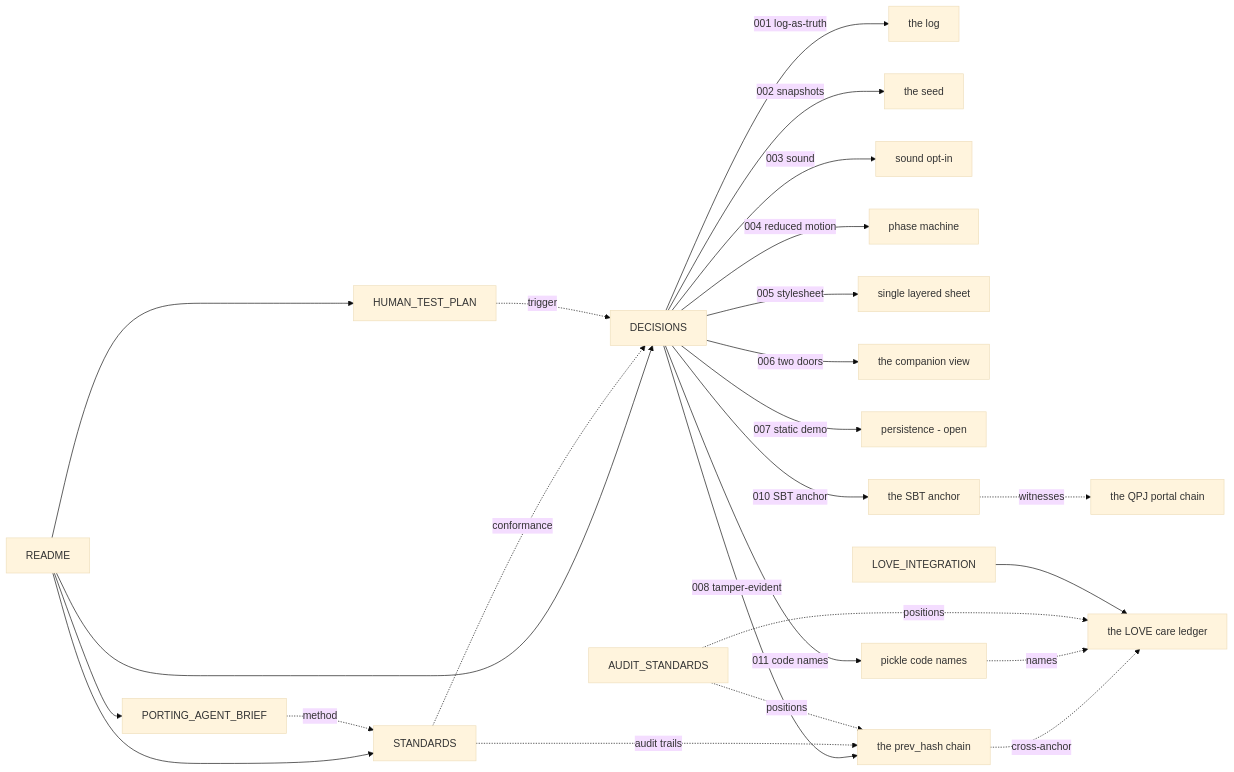
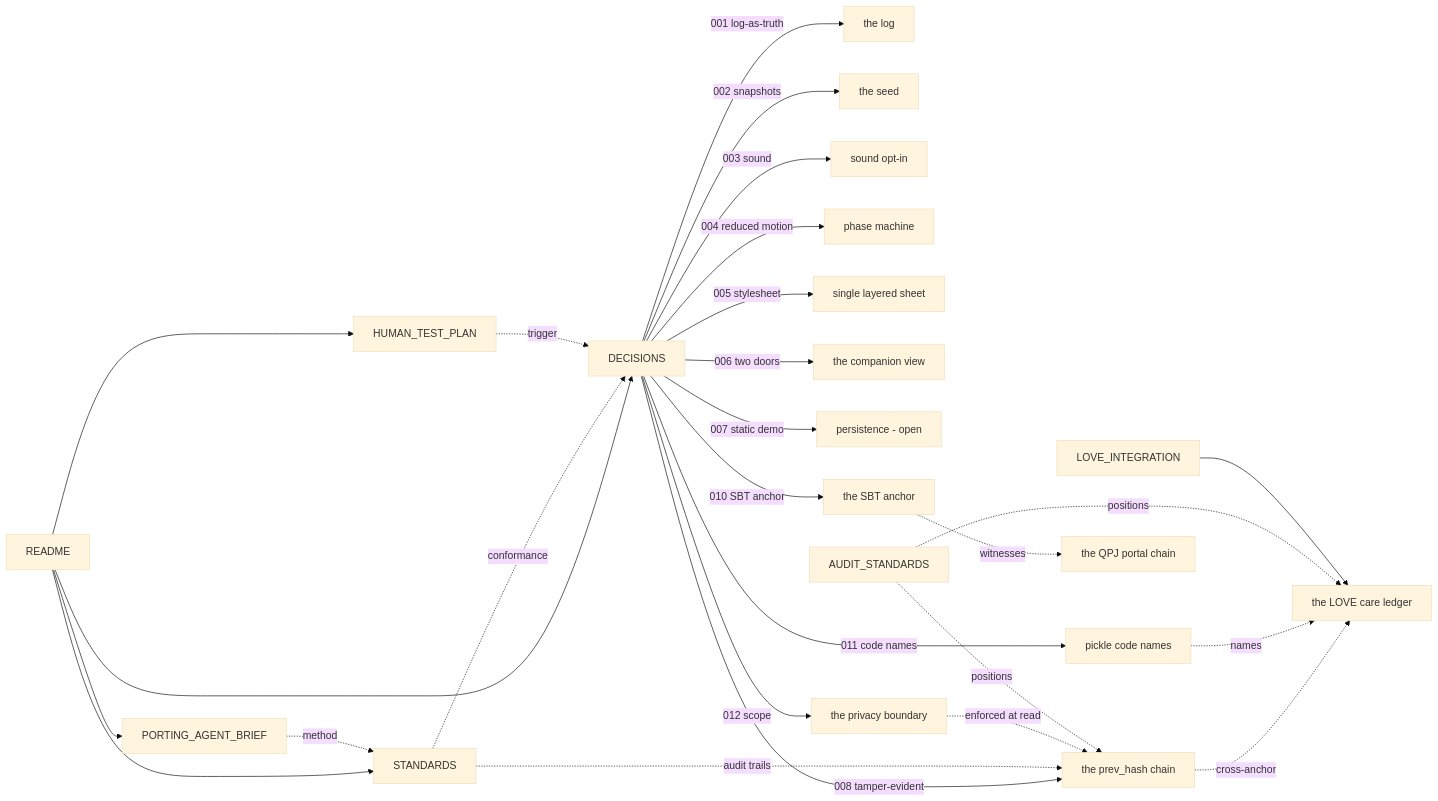
One commit to p31labs/P31-local-workspace changed the diagram in apps/loom/docs/MAP.md. Above: the diagram before and after it, drawn with Mermaid (base theme). The commit also changed other lines of this file and 17 other files, not shown here.

````diff
--- a/apps/loom/docs/MAP.md
+++ b/apps/loom/docs/MAP.md
@@ -23,29 +23,31 @@
 ```mermaid
 graph LR
   README[README] --> STANDARDS
   README --> DECISIONS
   README --> HUMAN_TEST_PLAN
   README --> PORTING_AGENT_BRIEF
 
   STANDARDS -.conformance.-> DECISIONS
   HUMAN_TEST_PLAN -.trigger.-> DECISIONS
   PORTING_AGENT_BRIEF -.method.-> STANDARDS
 
   DECISIONS --> |"001 log-as-truth"| LOG[the log]
   DECISIONS --> |"002 snapshots"| SEED[the seed]
   DECISIONS --> |"003 sound"| SOUND[sound opt-in]
   DECISIONS --> |"004 reduced motion"| MOTION[phase machine]
   DECISIONS --> |"005 stylesheet"| CSS[single layered sheet]
   DECISIONS --> |"006 two doors"| COMPANION[the companion view]
   DECISIONS --> |"007 static demo"| PERSIST[persistence - open]
   DECISIONS --> |"008 tamper-evident"| CHAIN[the prev_hash chain]
   DECISIONS --> |"010 SBT anchor"| SBTANCHOR[the SBT anchor]
   DECISIONS --> |"011 code names"| CODENAME[pickle code names]
+  DECISIONS --> |"012 scope"| SCOPE[the privacy boundary]
   STANDARDS -.audit trails.-> CHAIN
   CHAIN -.cross-anchor.-> LOVE[the LOVE care ledger]
   SBTANCHOR -.witnesses.-> QPJ[the QPJ portal chain]
   CODENAME -.names.-> LOVE
+  SCOPE -.enforced at read.-> CHAIN
   AUDIT[AUDIT_STANDARDS] -.positions.-> CHAIN
   AUDIT -.positions.-> LOVE
   LOVE_INTEGRATION[LOVE_INTEGRATION] --> LOVE
 ```
````
